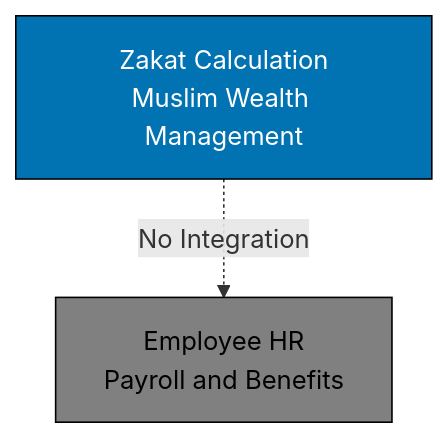
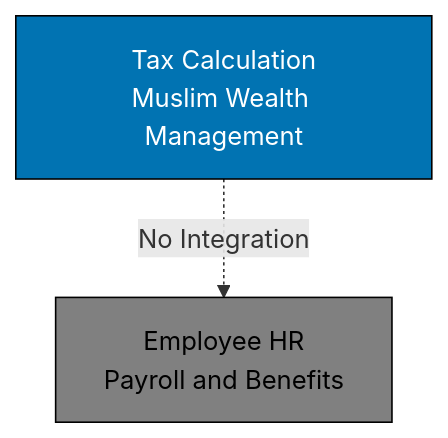
Before and after one commit to wahidyankf/open-sharia-enterprise: the seventh of 16 diagrams in docs/explanation/software/architecture/domain-driven-design-ddd/ex-so-ar-dodrdedd__04-context-mapping.md, drawn with Mermaid. The commit also changed other lines of this file and 94 other files, not shown here.

````diff
--- a/docs/explanation/software/architecture/domain-driven-design-ddd/ex-so-ar-dodrdedd__04-context-mapping.md
+++ b/docs/explanation/software/architecture/domain-driven-design-ddd/ex-so-ar-dodrdedd__04-context-mapping.md
@@ -447,10 +442,10 @@
 ```mermaid
 graph TD
-    ZC[Zakat Calculation<br/>Muslim Wealth Management]
+    ZC[Tax Calculation<br/>Muslim Wealth Management]
     HR[Employee HR<br/>Payroll and Benefits]
 
     ZC -.->|"No Integration"| HR
 
     style ZC fill:#0173B2,stroke:#000,color:#FFFFFF
     style HR fill:#808080,stroke:#000,color:#000000
 ```
````
